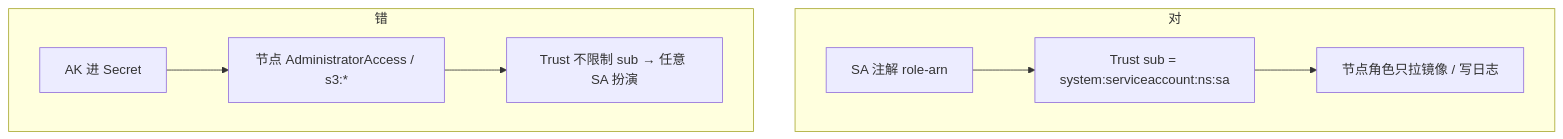
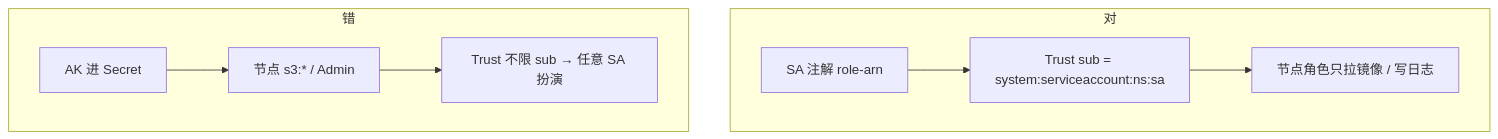
The sixth of 7 diagrams in 06-云平台/07-AWS生产/知识点.md (ml-cuizijun/LearnToLilith), drawn with Mermaid before and after one commit. The commit also changed other lines of this file and 178 other files, not shown here.

````diff
--- a/06-云平台/07-AWS生产/知识点.md
+++ b/06-云平台/07-AWS生产/知识点.md
@@ -388,11 +343,11 @@
 ```mermaid
 flowchart TB
     subgraph ok["对"]
         sa["SA 注解 role-arn"] --> trust["Trust sub = system:serviceaccount:ns:sa"]
         trust --> node["节点角色只拉镜像 / 写日志"]
     end
     subgraph bad["错"]
-        ak["AK 进 Secret"] --> adm["节点 AdministratorAccess / s3:*"]
-        adm --> any["Trust 不限制 sub → 任意 SA 扮演"]
+        ak["AK 进 Secret"] --> adm["节点 s3:* / Admin"]
+        adm --> any["Trust 不限 sub → 任意 SA 扮演"]
     end
 ```
````
